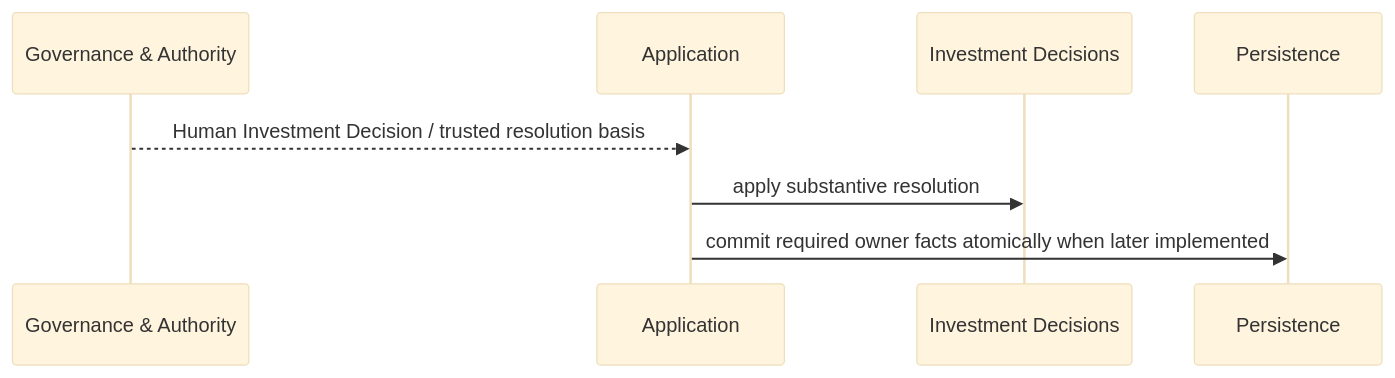
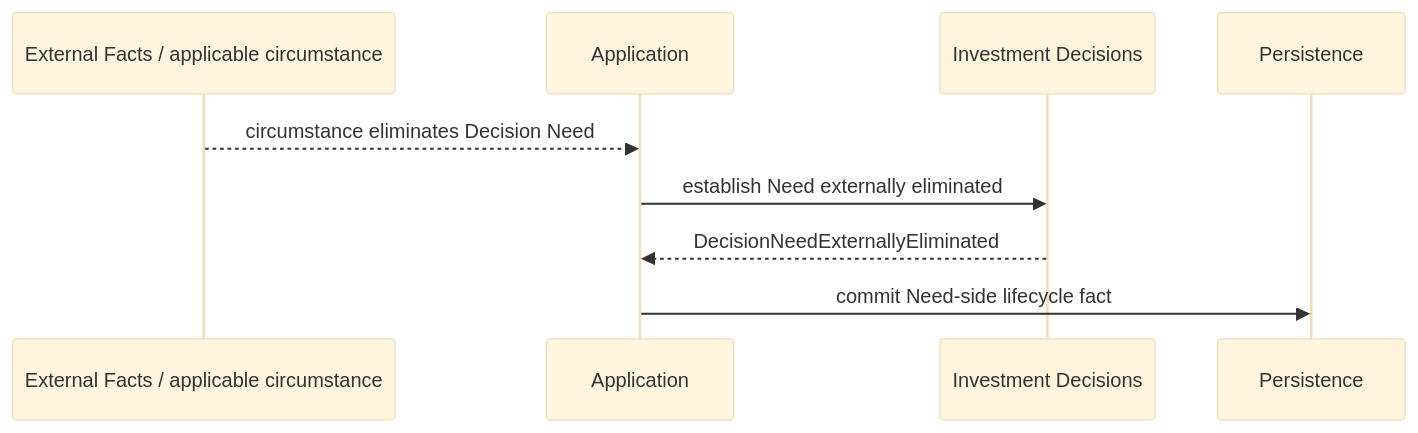
One commit to sponge-b0b/Polaris changed the sixth of 8 diagrams in docs/proposed/platform-domain-interaction-map.md. Above: the diagram before and after it, drawn with Mermaid (base theme). The commit also changed other lines of this file and 11 other files, not shown here.

Commit message:
docs(design): separate decision need from judgment state

````diff
--- a/docs/proposed/platform-domain-interaction-map.md
+++ b/docs/proposed/platform-domain-interaction-map.md
@@ -401,11 +336,12 @@
 ```mermaid
 sequenceDiagram
-    participant G as Governance & Authority
+    participant X as External Facts / applicable circumstance
     participant App as Application
     participant D as Investment Decisions
     participant P as Persistence
 
-    G-->>App: Human Investment Decision / trusted resolution basis
-    App->>D: apply substantive resolution
-    App->>P: commit required owner facts atomically when later implemented
+    X-->>App: circumstance eliminates Decision Need
+    App->>D: establish Need externally eliminated
+    D-->>App: DecisionNeedExternallyEliminated
+    App->>P: commit Need-side lifecycle fact
 ```
````
